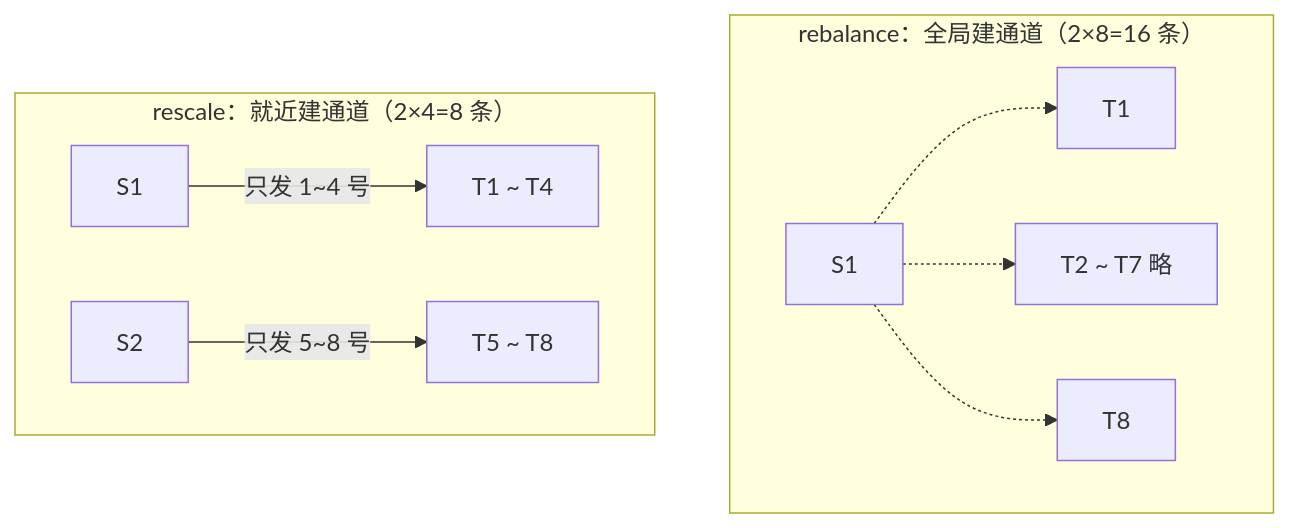
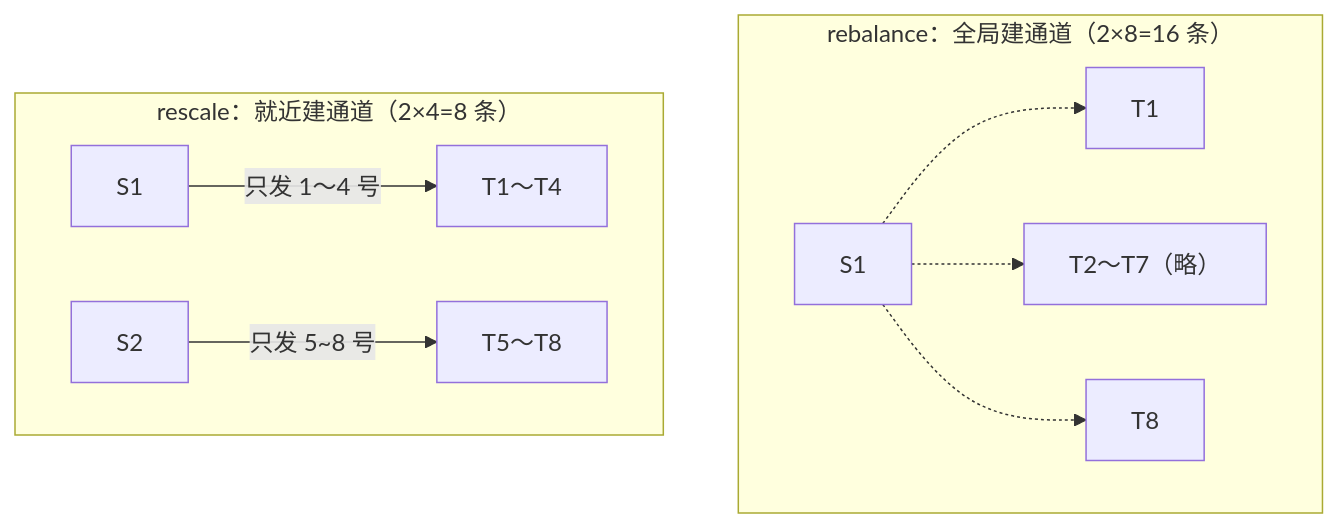
Before and after one commit to slowleelab/flink-in-action-course: the fifth of 8 diagrams in docs/ch03.md, drawn with Mermaid. The commit also changed other lines of this file, not shown here.

First line of the commit message:
docs: 3.6 扩充为算子链与线程模型 + 清理分区图中的波浪线标签

````diff
--- a/docs/ch03.md
+++ b/docs/ch03.md
@@ -222,12 +222,12 @@
 ```mermaid
 flowchart TB
     subgraph "rebalance：全局建通道（2×8=16 条）"
         R1["S1"] -.-> RT1["T1"]
-        R1 -.-> RT2["T2 ~ T7 略"]
+        R1 -.-> RT2["T2～T7（略）"]
         R1 -.-> RT8["T8"]
     end
     subgraph "rescale：就近建通道（2×4=8 条）"
-        S1["S1"] -->|"只发 1~4 号"| LT1["T1 ~ T4"]
-        S2["S2"] -->|"只发 5~8 号"| LT2["T5 ~ T8"]
+        S1["S1"] -->|"只发 1～4 号"| LT1["T1～T4"]
+        S2["S2"] -->|"只发 5~8 号"| LT2["T5～T8"]
     end
 ```
````
